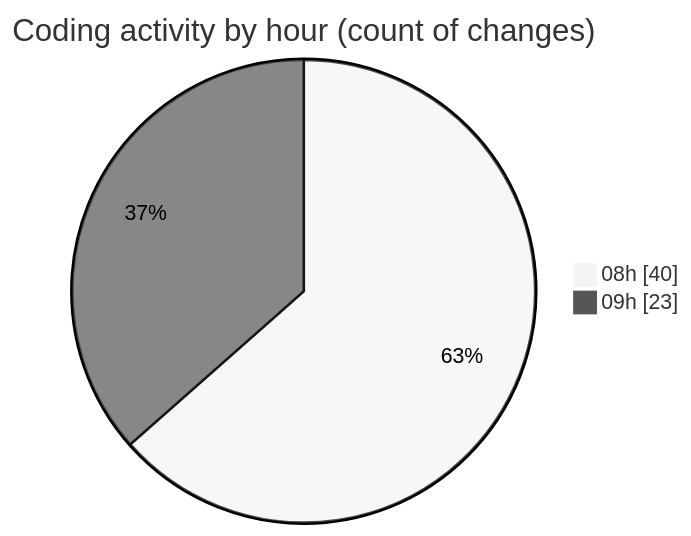
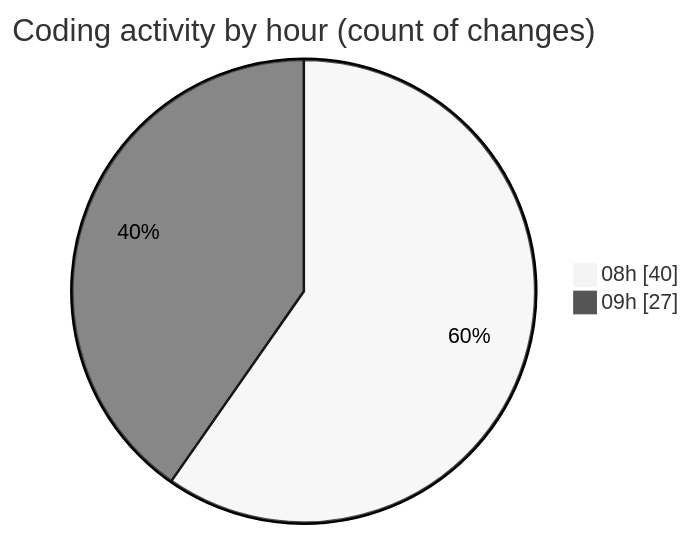
One commit to robertbonfada/code-tracking changed the second of 2 diagrams in 2025-01-27/mbc-web/README.md. Above: the diagram before and after it, drawn with Mermaid (neutral theme). The commit also changed other lines of this file and 1 other file, not shown here.

````diff
--- a/2025-01-27/mbc-web/README.md
+++ b/2025-01-27/mbc-web/README.md
@@ -41,6 +41,6 @@
 ```mermaid
 pie showData
 title Coding activity by hour (count of changes)
 "08h" : 40
-"09h" : 23
+"09h" : 27
 ```
````
